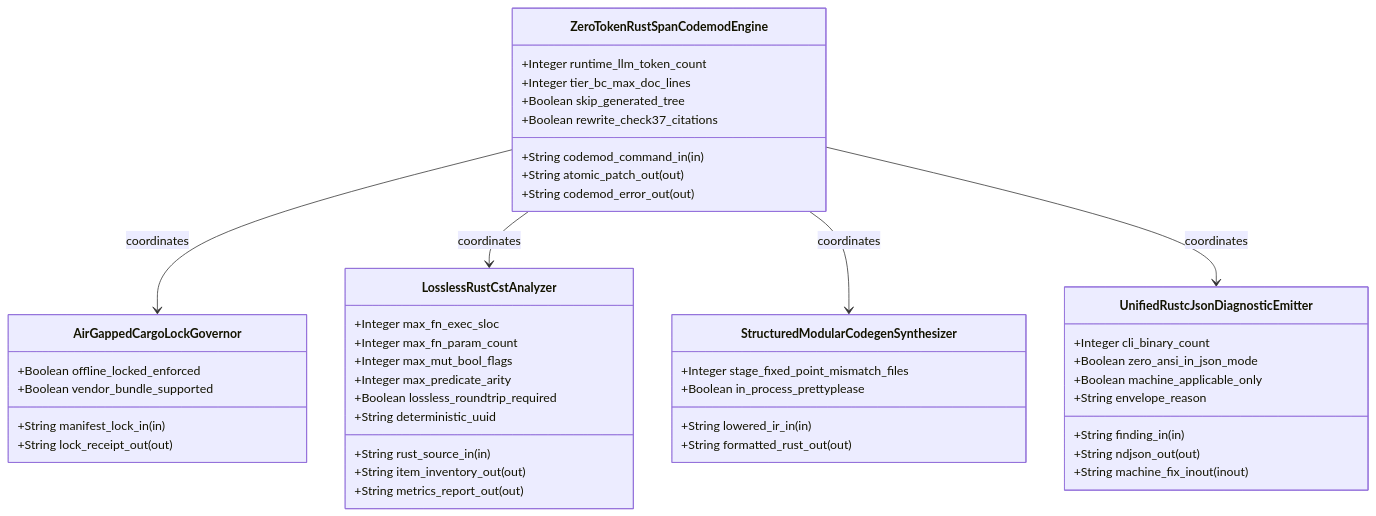
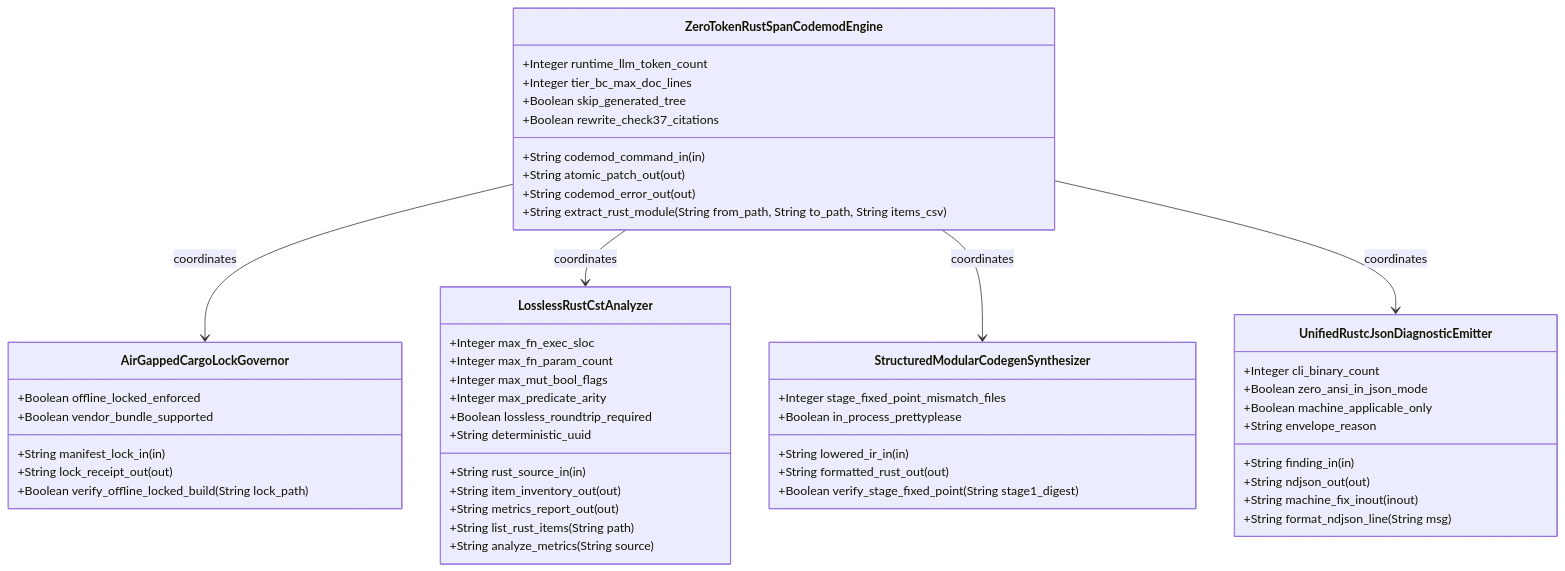
The first of 2 diagrams in .pipeline/upstream/docs/epics/EPIC-08-BP_08_Lossless_Rust_CST_Codemod_Engine_and_Unified_rustc_Compatible_JSON_Diagnostics.md (gintatkinson/DEAP01-spec-core), drawn with Mermaid before and after one commit. The commit also changed other lines of this file and 225 other files, not shown here.

````diff
--- a/.pipeline/upstream/docs/epics/EPIC-08-BP_08_Lossless_Rust_CST_Codemod_Engine_and_Unified_rustc_Compatible_JSON_Diagnostics.md
+++ b/.pipeline/upstream/docs/epics/EPIC-08-BP_08_Lossless_Rust_CST_Codemod_Engine_and_Unified_rustc_Compatible_JSON_Diagnostics.md
@@ -59,48 +93,54 @@
 ```mermaid
 classDiagram
     class AirGappedCargoLockGovernor {
         +String manifest_lock_in (in)
         +String lock_receipt_out (out)
         +Boolean offline_locked_enforced
         +Boolean vendor_bundle_supported
+        +Boolean verify_offline_locked_build(String lock_path)
     }
     class LosslessRustCstAnalyzer {
         +String rust_source_in (in)
         +String item_inventory_out (out)
         +String metrics_report_out (out)
         +Integer max_fn_exec_sloc
         +Integer max_fn_param_count
         +Integer max_mut_bool_flags
         +Integer max_predicate_arity
         +Boolean lossless_roundtrip_required
         +String deterministic_uuid
+        +String list_rust_items(String path)
+        +String analyze_metrics(String source)
     }
     class StructuredModularCodegenSynthesizer {
         +String lowered_ir_in (in)
         +String formatted_rust_out (out)
         +Integer stage_fixed_point_mismatch_files
         +Boolean in_process_prettyplease
+        +Boolean verify_stage_fixed_point(String stage1_digest)
     }
     class UnifiedRustcJsonDiagnosticEmitter {
         +String finding_in (in)
         +String ndjson_out (out)
         +String machine_fix_inout (inout)
         +Integer cli_binary_count
         +Boolean zero_ansi_in_json_mode
         +Boolean machine_applicable_only
         +String envelope_reason
+        +String format_ndjson_line(String msg)
     }
     class ZeroTokenRustSpanCodemodEngine {
         +String codemod_command_in (in)
         +String atomic_patch_out (out)
         +String codemod_error_out (out)
         +Integer runtime_llm_token_count
         +Integer tier_bc_max_doc_lines
         +Boolean skip_generated_tree
         +Boolean rewrite_check37_citations
+        +String extract_rust_module(String from_path, String to_path, String items_csv)
     }
     ZeroTokenRustSpanCodemodEngine --> AirGappedCargoLockGovernor : coordinates
     ZeroTokenRustSpanCodemodEngine --> LosslessRustCstAnalyzer : coordinates
     ZeroTokenRustSpanCodemodEngine --> StructuredModularCodegenSynthesizer : coordinates
     ZeroTokenRustSpanCodemodEngine --> UnifiedRustcJsonDiagnosticEmitter : coordinates
 ```
````
